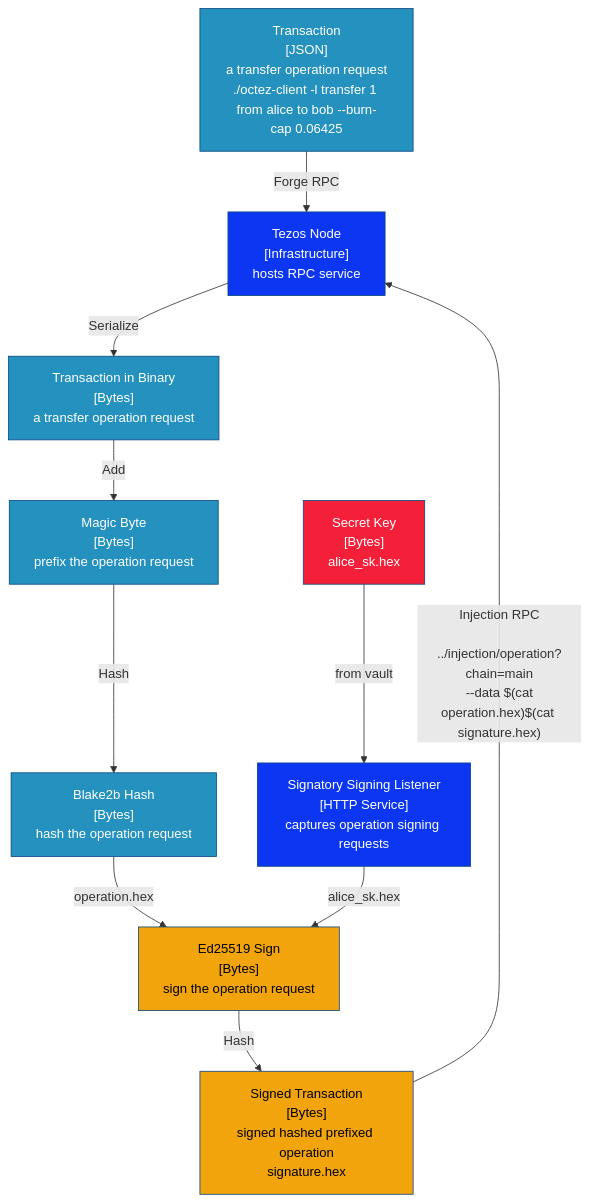
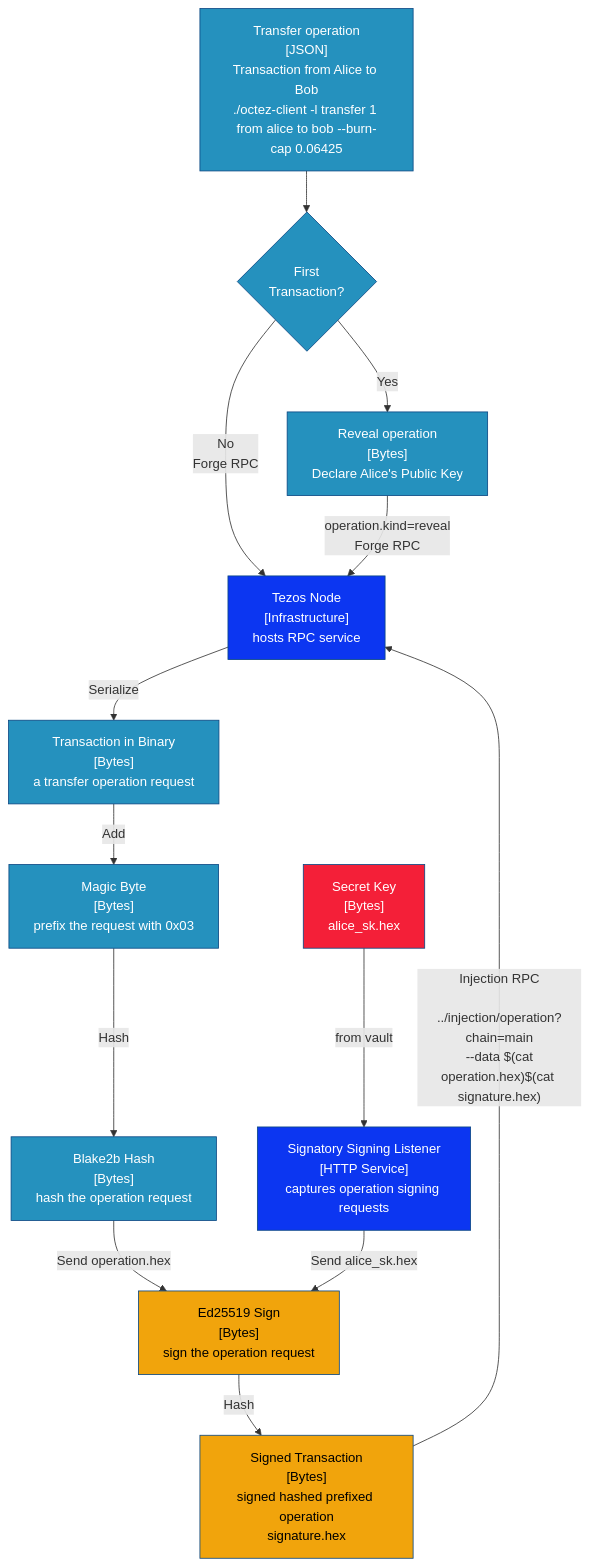
One commit to ecadlabs/signatory changed the fourth of 4 diagrams in docs/signatory-architecture.md. Above: the diagram before and after it, drawn with Mermaid.

Commit message:
add reveal operation to signing diagram

````diff
--- a/docs/signatory-architecture.md
+++ b/docs/signatory-architecture.md
@@ -207,69 +207,79 @@
 ```mermaid
 flowchart TB
 
-TJ["Transaction
+TJ["Transfer operation
 [JSON]
-a transfer operation request<br>./octez-client -l transfer 1 from alice to bob --burn-cap 0.06425"]
+Transaction from Alice to Bob<br>./octez-client -l transfer 1 from alice to bob --burn-cap 0.06425"]
 
 TN["Tezos Node
 [Infrastructure]
 hosts RPC service"]
+
+FT{First<br>Transaction?}
+
+Reveal["Reveal operation
+[Bytes]
+Declare Alice's Public Key "]
 
 TB["Transaction in Binary
 [Bytes]
 a transfer operation request"]
 
 W["Magic Byte 
 [Bytes]
-prefix the operation request"]
+prefix the request with 0x03"]
 
 B["Blake2b Hash
 [Bytes]
 hash the operation request"]
 
 ED["Ed25519 Sign
 [Bytes]
 sign the operation request"]
 
 SK["Secret Key
 [Bytes]
 alice_sk.hex"]
 
 SIGNATORY["Signatory Signing Listener
 [HTTP Service]
 captures operation signing requests"]
 
 
 
 ST["Signed Transaction
 [Bytes]
 signed hashed prefixed operation
 signature.hex"]
 
-TJ-- "Forge RPC" -->TN
+TJ --> FT
+FT -- "Yes" --> Reveal 
+FT -- "No<br>Forge RPC" --> TN 
+Reveal -- "operation.kind=reveal<br>Forge RPC" --> TN
+
 TN-- "Serialize" -->TB
 
 
 TB-- "Add" -->W
 W-- "Hash" -->B
 
-B-- "operation.hex" -->ED
+B-- "Send operation.hex" -->ED
 SK-- "from vault" -->SIGNATORY
-SIGNATORY-- "alice_sk.hex" -->ED
+SIGNATORY-- "Send alice_sk.hex" -->ED
 
 
 ED--"Hash " -->ST
 
 ST-- "Injection RPC<br>
 ../injection/operation?chain=main<br> --data $(cat operation.hex)$(cat signature.hex)" -->TN
 
 classDef node fill:#0C36F1,stroke:#0b4884,color:#ffffff
 classDef key fill:#F41F38,stroke:#0b4884,color:#ffffff
 classDef transaction fill:#2591BE,stroke:#0b4884,color:#ffffff
 classDef signature fill:#F1A40C,stroke:#0b4884,color:#000000
 
-class TJ,TB,W,B transaction
+class FT,Reveal,TJ,TB,W,B transaction
 class TN node
 class SK key
 class ED,SIG,ST signature
 ```
````
